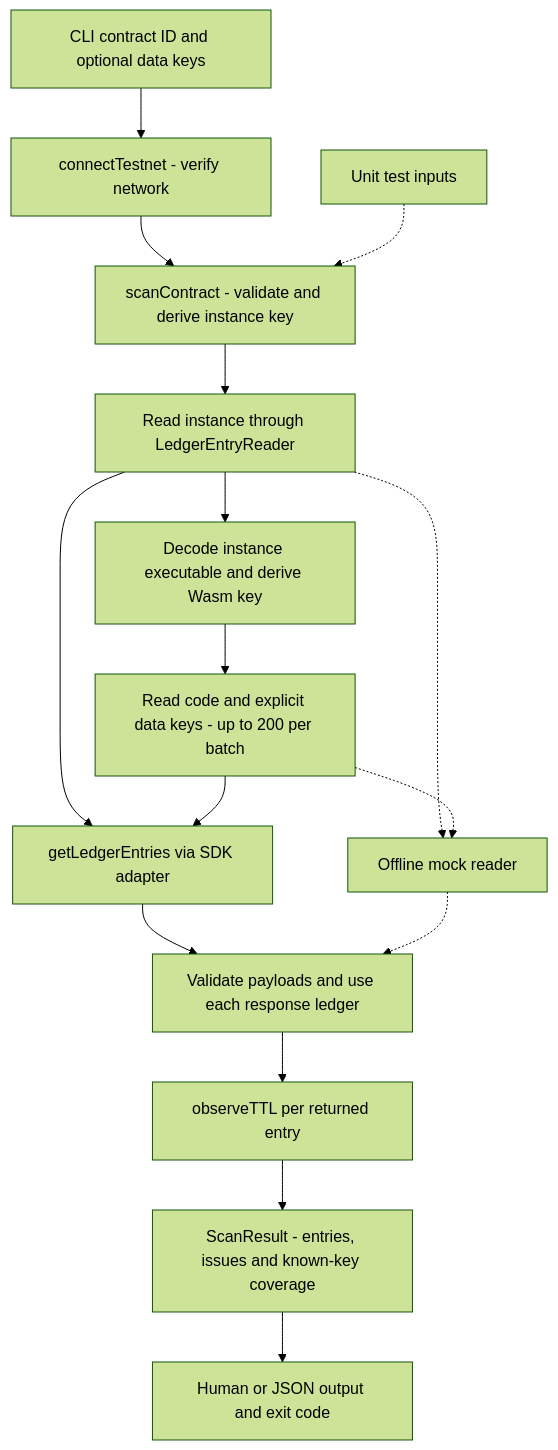
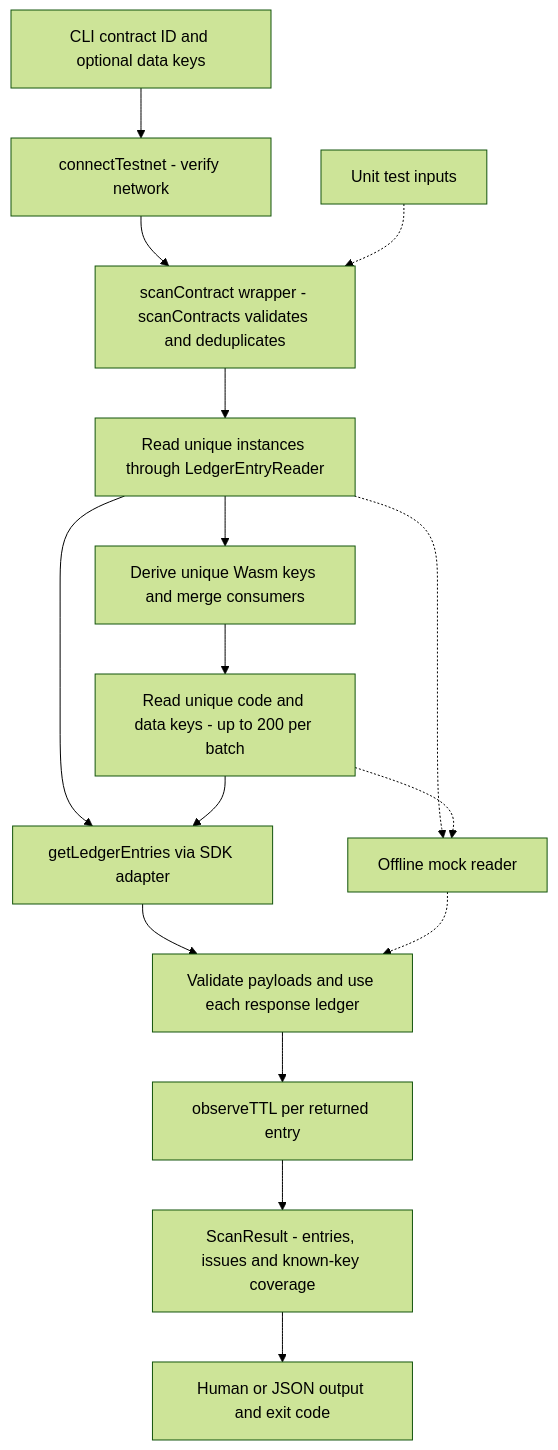
Before and after one commit to Fatihmaull/evergreen: the second of 3 diagrams in docs/ARCHITECTURE.md, drawn with Mermaid (forest theme). The commit also changed other lines of this file and 6 other files, not shown here.

Commit message:
feat(core): deduplicate scan keys and consumers across contracts [W2-D8-04]

````diff
--- a/docs/ARCHITECTURE.md
+++ b/docs/ARCHITECTURE.md
@@ -128,18 +128,18 @@
 ```mermaid
 flowchart TD
     Input[CLI contract ID and optional data keys] --> Guard[connectTestnet - verify network]
-    Guard --> Scan[scanContract - validate and derive instance key]
+    Guard --> Scan[scanContract wrapper - scanContracts validates and deduplicates]
     Tests[Unit test inputs] -.-> Scan
-    Scan --> Read[Read instance through LedgerEntryReader]
-    Read --> Code[Decode instance executable and derive Wasm key]
-    Code --> Batches[Read code and explicit data keys - up to 200 per batch]
+    Scan --> Read[Read unique instances through LedgerEntryReader]
+    Read --> Code[Derive unique Wasm keys and merge consumers]
+    Code --> Batches[Read unique code and data keys - up to 200 per batch]
     Read --> RPC[getLedgerEntries via SDK adapter]
     Batches --> RPC
     Read -.-> Mock[Offline mock reader]
     Batches -.-> Mock
     RPC --> Observation[Validate payloads and use each response ledger]
     Mock -.-> Observation
     Observation --> TTL[observeTTL per returned entry]
     TTL --> Result[ScanResult - entries, issues and known-key coverage]
     Result --> Output[Human or JSON output and exit code]
 ```
````
